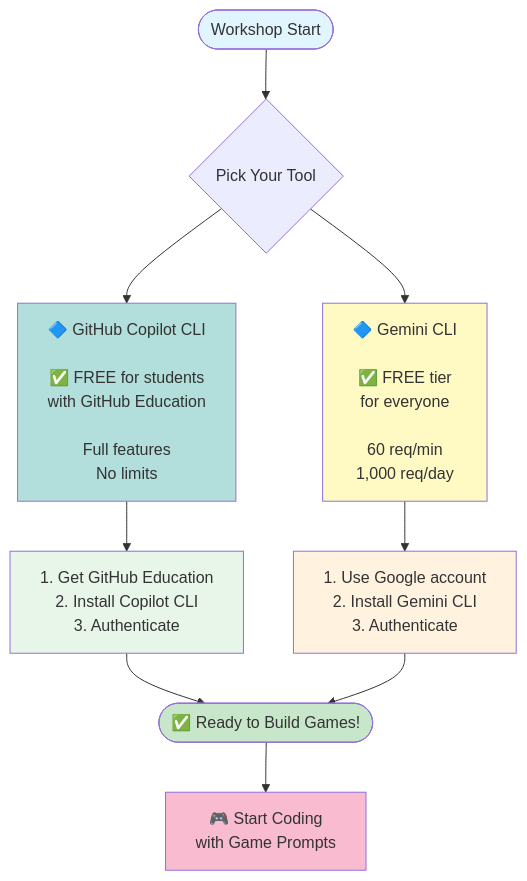
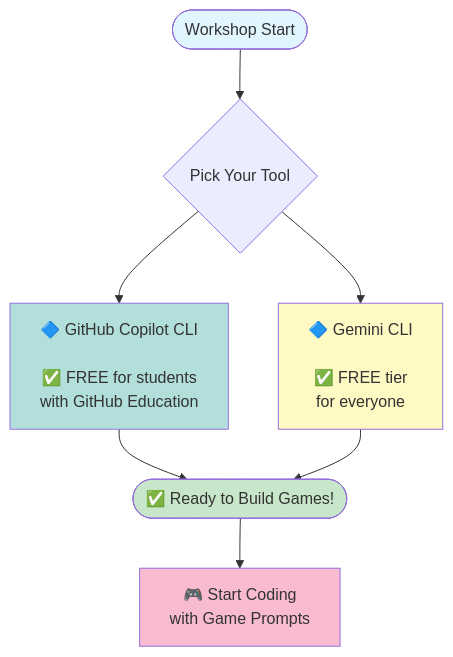
Before and after one commit to tisage/game-llm: the diagram in diagrams/ai-tool-selection.md, drawn with Mermaid. The commit also changed other lines of this file and 11 other files, not shown here.

````diff
--- a/diagrams/ai-tool-selection.md
+++ b/diagrams/ai-tool-selection.md
@@ -3,23 +1,15 @@
 ```mermaid
 flowchart TB
-    Start([Workshop Start]) --> Tools{Pick Your Tool}
-
-    Tools --> Copilot[🔷 GitHub Copilot CLI<br/><br/>✅ FREE for students<br/>with GitHub Education<br/><br/>Full features<br/>No limits]
-    Tools --> Gemini[🔷 Gemini CLI<br/><br/>✅ FREE tier<br/>for everyone<br/><br/>60 req/min<br/>1,000 req/day]
-
-    Copilot --> CopilotSteps[1. Get GitHub Education<br/>2. Install Copilot CLI<br/>3. Authenticate]
-    Gemini --> GeminiSteps[1. Use Google account<br/>2. Install Gemini CLI<br/>3. Authenticate]
-
-    CopilotSteps --> Ready([✅ Ready to Build Games!])
-    GeminiSteps --> Ready
-
-    Ready --> Code[🎮 Start Coding<br/>with Game Prompts]
+    Start(["Workshop Start"]) --> Tools{"Pick Your Tool"}
+    Tools --> Copilot["🔷 GitHub Copilot CLI<br><br>✅ FREE for students<br>with GitHub Education<br>"] & Gemini["🔷 Gemini CLI<br><br>✅ FREE tier<br>for everyone<br>"]
+    Ready(["✅ Ready to Build Games!"]) --> Code["🎮 Start Coding<br>with Game Prompts"]
+    Copilot --> Ready
+    Gemini --> Ready
 
     style Start fill:#e1f5ff
+    style Copilot fill:#b2dfdb
+    style Gemini fill:#fff9c4
     style Ready fill:#c8e6c9
     style Code fill:#f8bbd0
-    style Copilot fill:#b2dfdb
-    style Gemini fill:#fff9c4
-    style CopilotSteps fill:#e8f5e9
-    style GeminiSteps fill:#fff3e0
+
 ```
````
